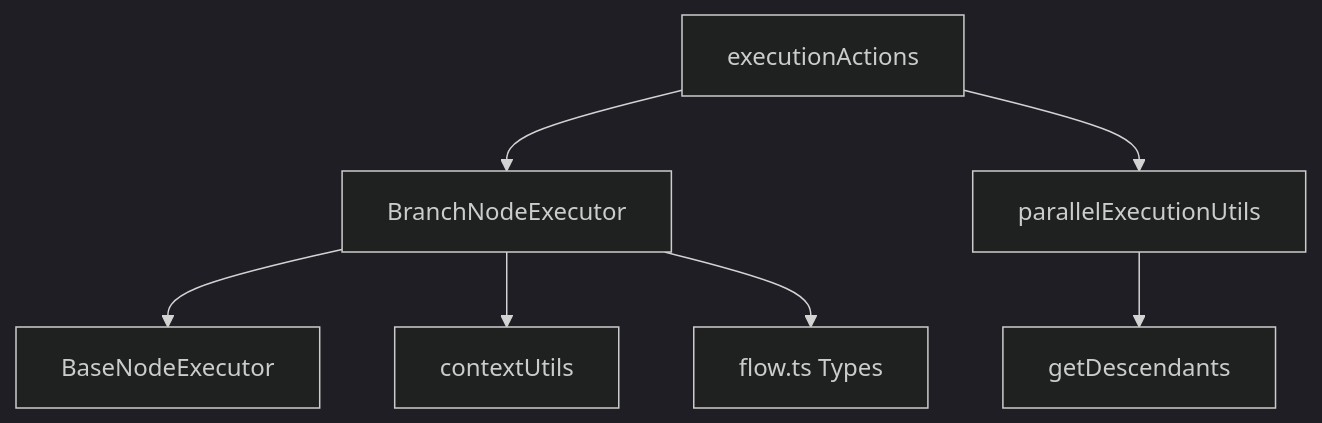
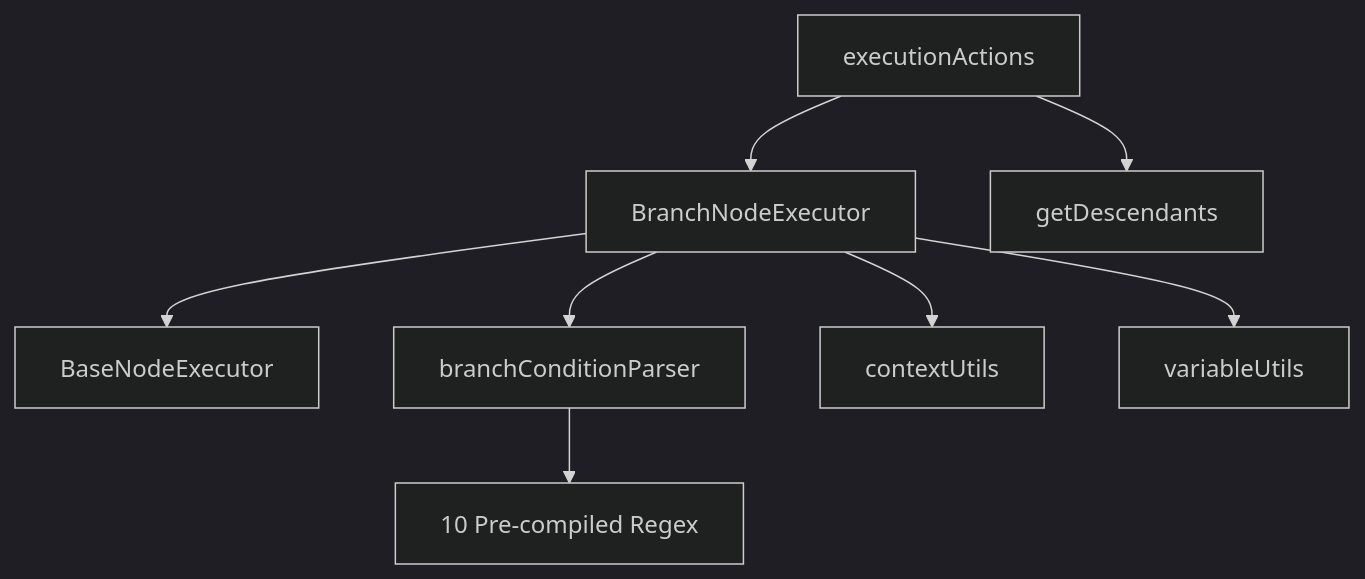
The first of 2 diagrams in docs/design/branch节点详情.md (JasperLin2333/Flash-Flow), drawn with Mermaid (dark theme) before and after one commit. The commit also changed other lines of this file and 226 other files, not shown here.

````diff
--- a/docs/design/branch节点详情.md
+++ b/docs/design/branch节点详情.md
@@ -322,9 +373,10 @@
 ```mermaid
 graph TD
     A[BranchNodeExecutor] --> B[BaseNodeExecutor]
-    A --> C[contextUtils]
-    A --> D[flow.ts Types]
-    E[executionActions] --> A
-    E --> F[parallelExecutionUtils]
-    F --> G[getDescendants]
+    A --> C[branchConditionParser]
+    A --> D[contextUtils]
+    A --> E[variableUtils]
+    C --> F["10 Pre-compiled Regex"]
+    G[executionActions] --> A
+    G --> H[getDescendants]
 ```
````
